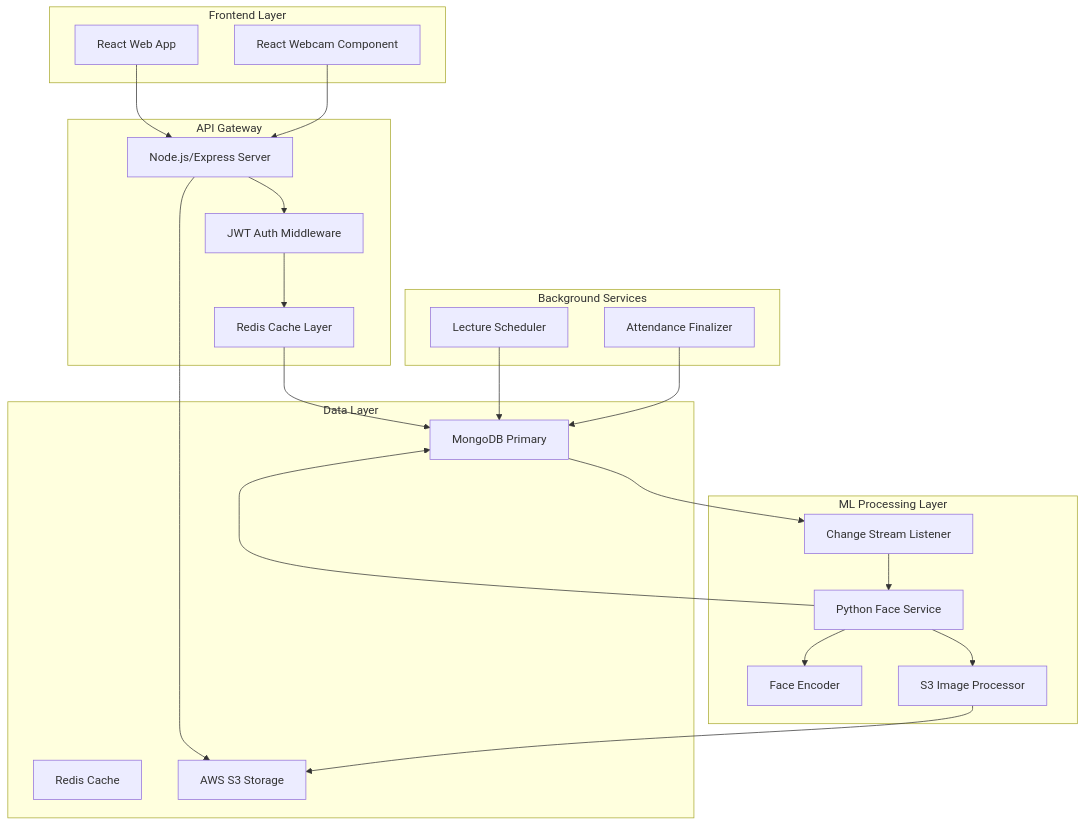
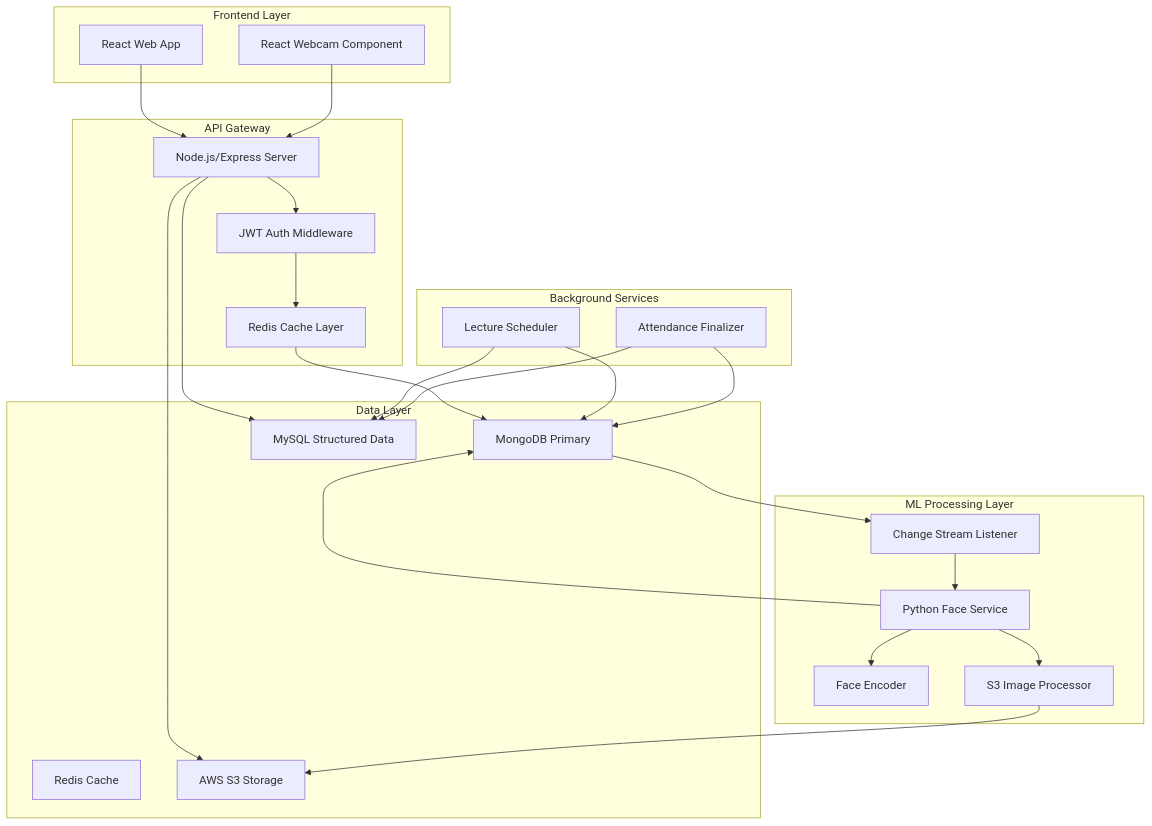
One commit to suryansh101gupta/ClassMonitor changed the diagram in README.md. Above: the diagram before and after it, drawn with Mermaid. The commit also changed other lines of this file, not shown here.

````diff
--- a/README.md
+++ b/README.md
@@ -7,46 +7,50 @@
 ```mermaid
 graph TB
     subgraph "Frontend Layer"
         A[React Web App]
         B[React Webcam Component]
     end
     
     subgraph "API Gateway"
         C[Node.js/Express Server]
         D[JWT Auth Middleware]
         E[Redis Cache Layer]
     end
     
     subgraph "Data Layer"
         F[MongoDB Primary]
         G[Redis Cache]
         H[AWS S3 Storage]
+        I[MySQL Structured Data]
     end
     
     subgraph "ML Processing Layer"
-        I[Python Face Service]
-        J[Change Stream Listener]
-        K[Face Encoder]
-        L[S3 Image Processor]
+        J[Python Face Service]
+        K[Change Stream Listener]
+        L[Face Encoder]
+        M[S3 Image Processor]
     end
     
     subgraph "Background Services"
-        M[Lecture Scheduler]
-        N[Attendance Finalizer]
+        N[Lecture Scheduler]
+        O[Attendance Finalizer]
     end
     
     A --> C
     B --> C
     C --> D
     D --> E
     E --> F
     C --> H
-    F --> J
-    J --> I
-    I --> K
-    I --> L
-    L --> H
-    I --> F
-    M --> F
+    F --> K
+    K --> J
+    J --> L
+    J --> M
+    M --> H
+    J --> F
+    C --> I
     N --> F
+    N --> I
+    O --> F
+    O --> I
 ```
````
